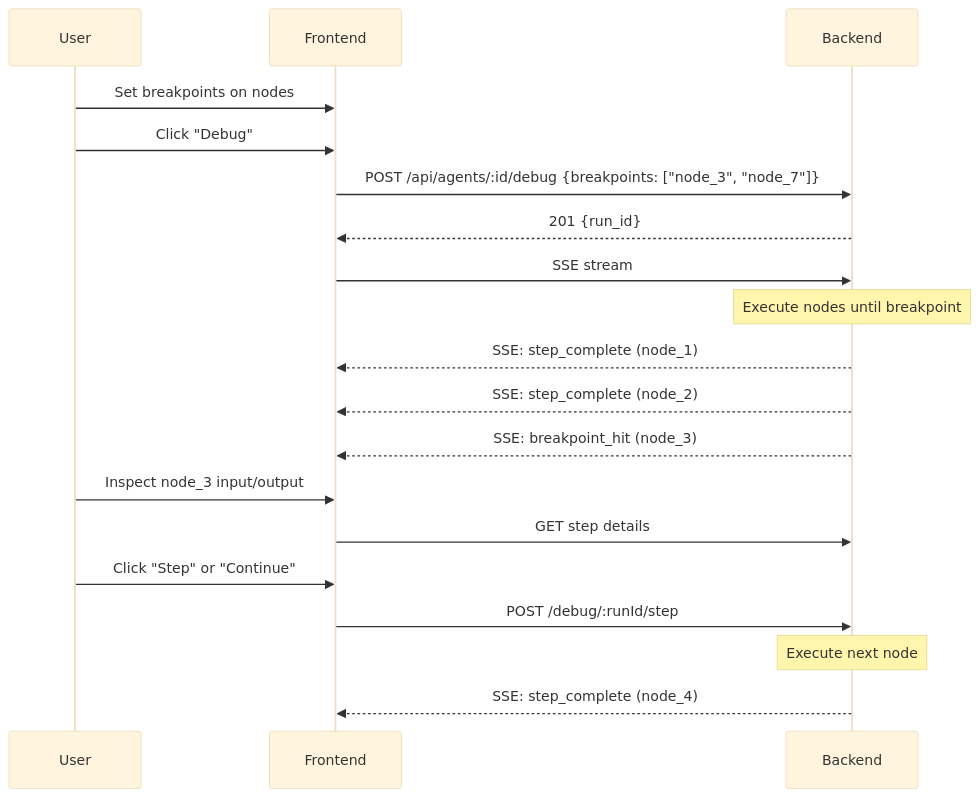
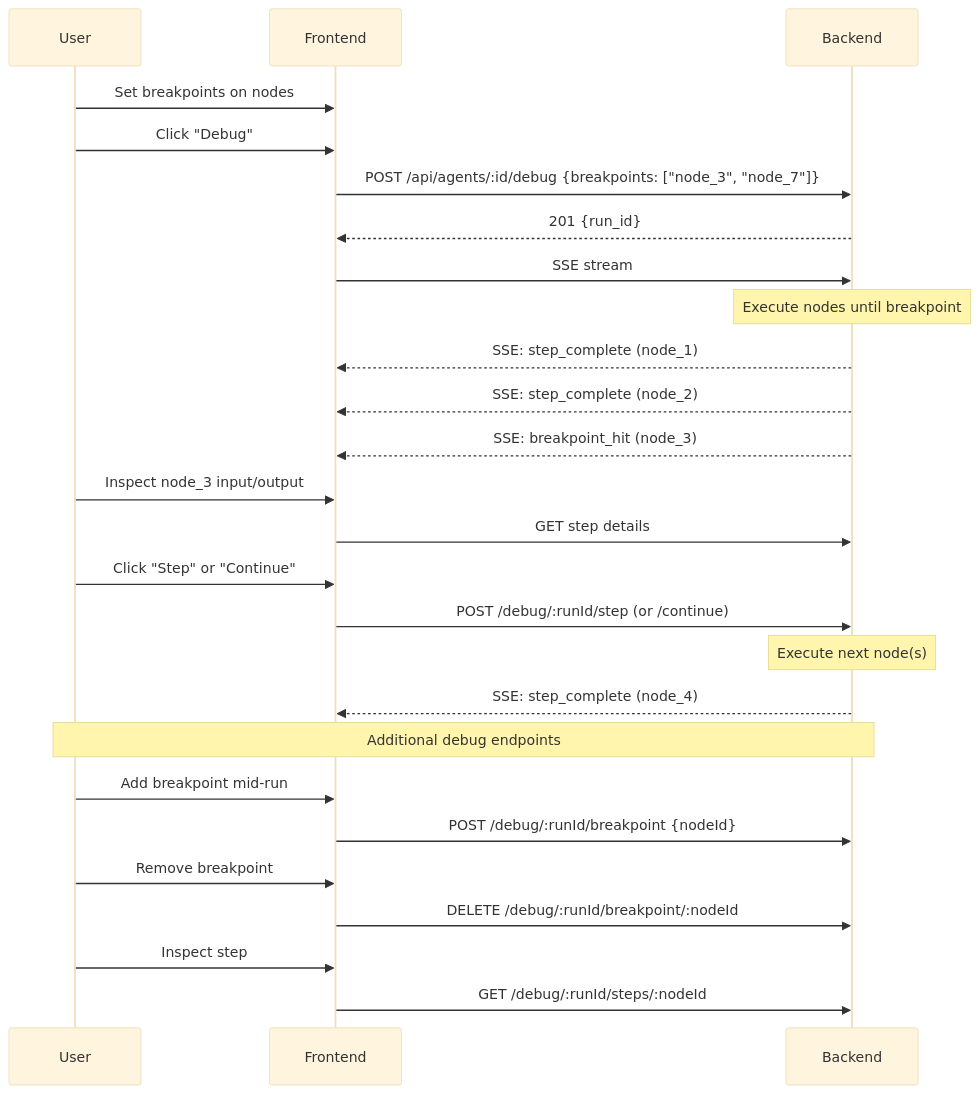
One commit to b-knowledge-solution/b-knowledge changed the fifth of 5 diagrams in docs/detail-design/agent-overview.md. Above: the diagram before and after it, drawn with Mermaid (base theme). The commit also changed other lines of this file and 9 other files, not shown here.

````diff
--- a/docs/detail-design/agent-overview.md
+++ b/docs/detail-design/agent-overview.md
@@ -177,26 +177,34 @@
 ```mermaid
 sequenceDiagram
     participant U as User
     participant FE as Frontend
     participant BE as Backend
 
     U->>FE: Set breakpoints on nodes
     U->>FE: Click "Debug"
     FE->>BE: POST /api/agents/:id/debug {breakpoints: ["node_3", "node_7"]}
     BE-->>FE: 201 {run_id}
 
     FE->>BE: SSE stream
 
     Note over BE: Execute nodes until breakpoint
     BE-->>FE: SSE: step_complete (node_1)
     BE-->>FE: SSE: step_complete (node_2)
     BE-->>FE: SSE: breakpoint_hit (node_3)
 
     U->>FE: Inspect node_3 input/output
     FE->>BE: GET step details
 
     U->>FE: Click "Step" or "Continue"
-    FE->>BE: POST /debug/:runId/step
-    Note over BE: Execute next node
+    FE->>BE: POST /debug/:runId/step (or /continue)
+    Note over BE: Execute next node(s)
     BE-->>FE: SSE: step_complete (node_4)
+
+    Note over U,BE: Additional debug endpoints
+    U->>FE: Add breakpoint mid-run
+    FE->>BE: POST /debug/:runId/breakpoint {nodeId}
+    U->>FE: Remove breakpoint
+    FE->>BE: DELETE /debug/:runId/breakpoint/:nodeId
+    U->>FE: Inspect step
+    FE->>BE: GET /debug/:runId/steps/:nodeId
 ```
````
